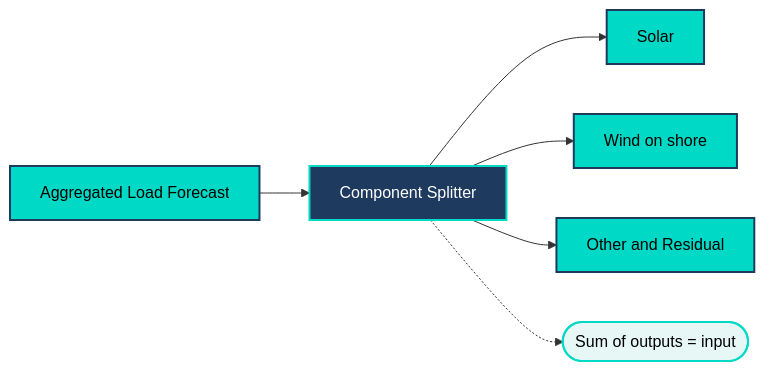
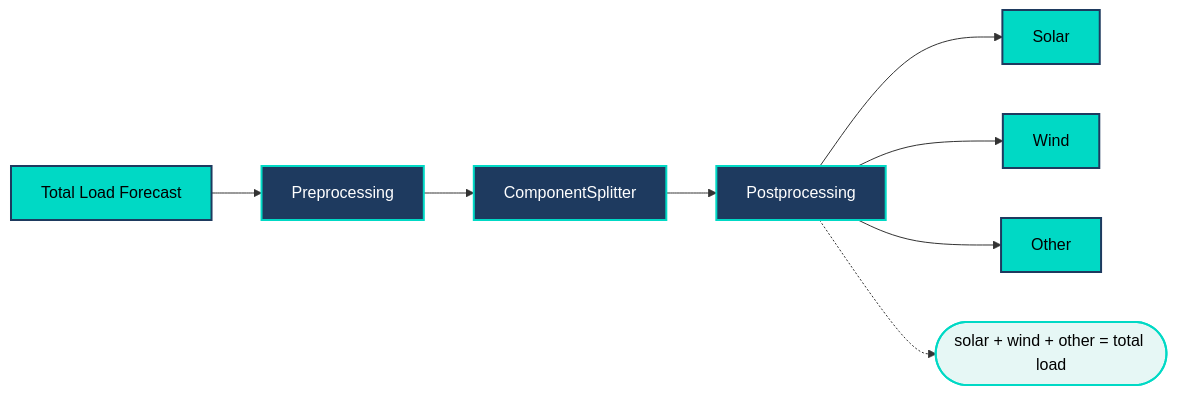
One commit to OpenSTEF/openstef changed the diagram in docs/source/diagrams/user_guide/concepts/component_splitting_diagram_1.mmd. Above: the diagram before and after it, drawn with Mermaid. The commit also changed 1 other file, not shown here.

Commit message:
docs(component_splitting): add cross-ref label, improve diagram and class refs
- Add _concept_component_splitting label for cross-referencing
- Update mermaid diagram to show preprocessing/postprocessing stages
- Replace inline code with :class: directives for proper linking
- Fix TimeSeriesDataset/EnergyComponentDataset module paths
- Add seealso block for consistency with other concept pages

```diff
--- a/docs/source/diagrams/user_guide/concepts/component_splitting_diagram_1.mmd
+++ b/docs/source/diagrams/user_guide/concepts/component_splitting_diagram_1.mmd
@@ -1,14 +1,17 @@
 graph LR
-    A[Aggregated Load Forecast] --> B[Component Splitter]
-    B --> C[Solar]
-    B --> D[Wind on shore]
-    B --> E[Other and Residual]
-    F([Sum of outputs = input])
-    B -.-> F
+    A[Total Load Forecast] --> B[Preprocessing]
+    B --> C[ComponentSplitter]
+    C --> D[Postprocessing]
+    D --> E[Solar]
+    D --> F[Wind]
+    D --> G[Other]
+    H([solar + wind + other = total load])
+    D -.-> H
     classDef primary fill:#00D9C5,stroke:#1E3A5F,stroke-width:2px,color:#000
     classDef secondary fill:#1E3A5F,stroke:#00D9C5,stroke-width:2px,color:#fff
     classDef accent fill:#e6f7f5,stroke:#00D9C5,stroke-width:2px,color:#000
     class A primary
-    class B secondary
-    class C,D,E primary
-    class F accent
+    class B,D secondary
+    class C secondary
+    class E,F,G primary
+    class H accent
```
